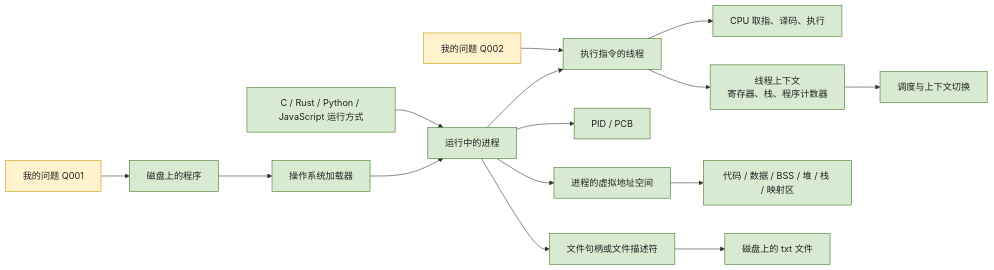
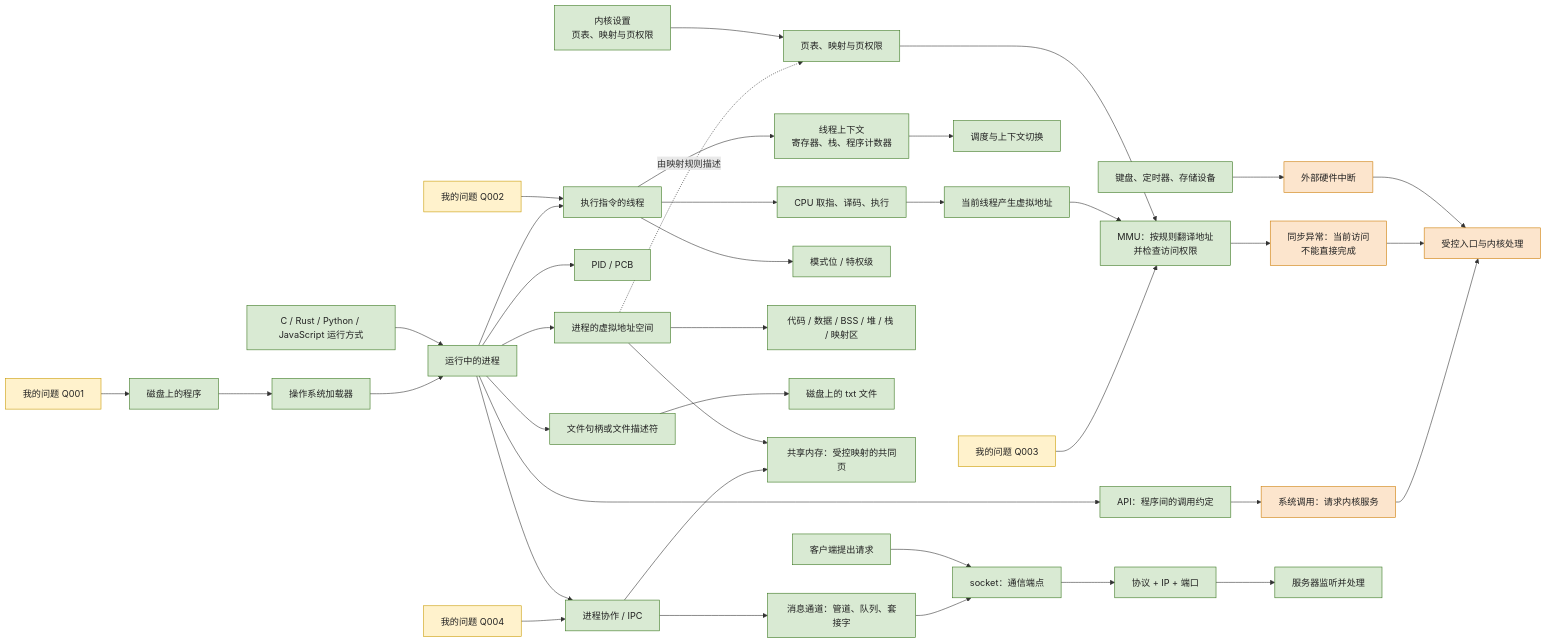
The first of 2 diagrams in README.md (jiazhengfu912-lang/operating-Systems-Theory), drawn with Mermaid before and after one commit. The commit also changed other lines of this file and 12 other files, not shown here.

````diff
--- a/README.md
+++ b/README.md
@@ -20,23 +24,48 @@
 ```mermaid
 flowchart LR
     Q["我的问题 Q001"] --> P["磁盘上的程序"]
     P --> L["操作系统加载器"]
     L --> PROC["运行中的进程"]
     PROC --> T["执行指令的线程"]
     Q2["我的问题 Q002"] --> T
+    Q3["我的问题 Q003"] --> MMU
+    Q4["我的问题 Q004"] --> IPC
     T --> CPU["CPU 取指、译码、执行"]
     T --> CTX["线程上下文<br/>寄存器、栈、程序计数器"]
     CTX --> SWITCH["调度与上下文切换"]
     PROC --> PCB["PID / PCB"]
     PROC --> VM["进程的虚拟地址空间"]
+    VM -. "由映射规则描述" .-> MAP["页表、映射与页权限"]
+    KRULES["内核设置<br/>页表、映射与页权限"] --> MAP
+    CPU --> VADDR["当前线程产生虚拟地址"]
+    VADDR --> MMU["MMU：按规则翻译地址<br/>并检查访问权限"]
+    MAP --> MMU
+    MMU --> FAULT["同步异常：当前访问<br/>不能直接完成"]
+    T --> MODE["模式位 / 特权级"]
+    PROC --> API["API：程序间的调用约定"]
+    API --> SYSCALL["系统调用：请求内核服务"]
+    SYSCALL --> ENTRY["受控入口与内核处理"]
+    FAULT --> ENTRY
+    DEVICE["键盘、定时器、存储设备"] --> IRQ["外部硬件中断"]
+    IRQ --> ENTRY
     VM --> REG["代码 / 数据 / BSS / 堆 / 栈 / 映射区"]
     PROC --> H["文件句柄或文件描述符"]
     H --> F["磁盘上的 txt 文件"]
+    PROC --> IPC["进程协作 / IPC"]
+    IPC --> SHM["共享内存：受控映射的共同页"]
+    VM --> SHM
+    IPC --> CHANNEL["消息通道：管道、队列、套接字"]
+    CHANNEL --> SOCKET["socket：通信端点"]
+    SOCKET --> PORT["协议 + IP + 端口"]
+    PORT --> SERVER["服务器监听并处理"]
+    CLIENT["客户端提出请求"] --> SOCKET
     RT["C / Rust / Python / JavaScript 运行方式"] --> PROC
 
     classDef question fill:#fff2cc,stroke:#c99a00,color:#222;
     classDef current fill:#d9ead3,stroke:#38761d,color:#222;
     classDef relation fill:#d9eaf7,stroke:#3d85c6,color:#222;
-    class Q,Q2 question;
-    class P,L,PROC,T,CPU,CTX,SWITCH,PCB,VM,REG,H,F,RT current;
+    classDef boundary fill:#fce5cd,stroke:#cc7a00,color:#222;
+    class Q,Q2,Q3,Q4 question;
+    class P,L,PROC,T,CPU,CTX,SWITCH,PCB,VM,KRULES,VADDR,MMU,MAP,MODE,API,DEVICE,REG,H,F,IPC,SHM,CHANNEL,SOCKET,PORT,CLIENT,SERVER,RT current;
+    class SYSCALL,FAULT,IRQ,ENTRY boundary;
 ```
````
